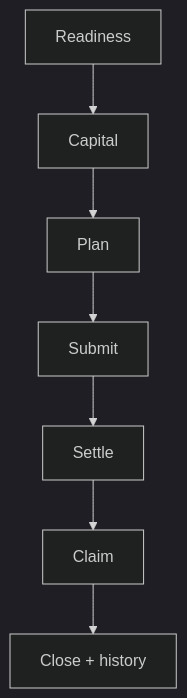
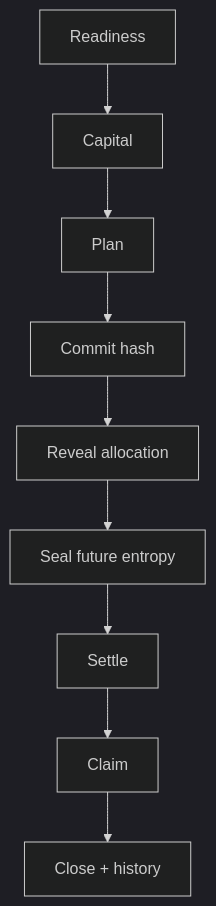
Before and after one commit to fased-ai/fased: the second of 2 diagrams in docs/plugins/crypto/mining-advanced.md, drawn with Mermaid (dark theme). The commit also changed other lines of this file and 52 other files, not shown here.

````diff
--- a/docs/plugins/crypto/mining-advanced.md
+++ b/docs/plugins/crypto/mining-advanced.md
@@ -57,9 +59,11 @@
 ```mermaid
 flowchart TD
   Readiness["Readiness"] --> Capital["Capital"]
   Capital --> Plan["Plan"]
-  Plan --> Submit["Submit"]
-  Submit --> Settle["Settle"]
+  Plan --> Commit["Commit hash"]
+  Commit --> Reveal["Reveal allocation"]
+  Reveal --> Entropy["Seal future entropy"]
+  Entropy --> Settle["Settle"]
   Settle --> Claim["Claim"]
   Claim --> History["Close + history"]
 ```
````
